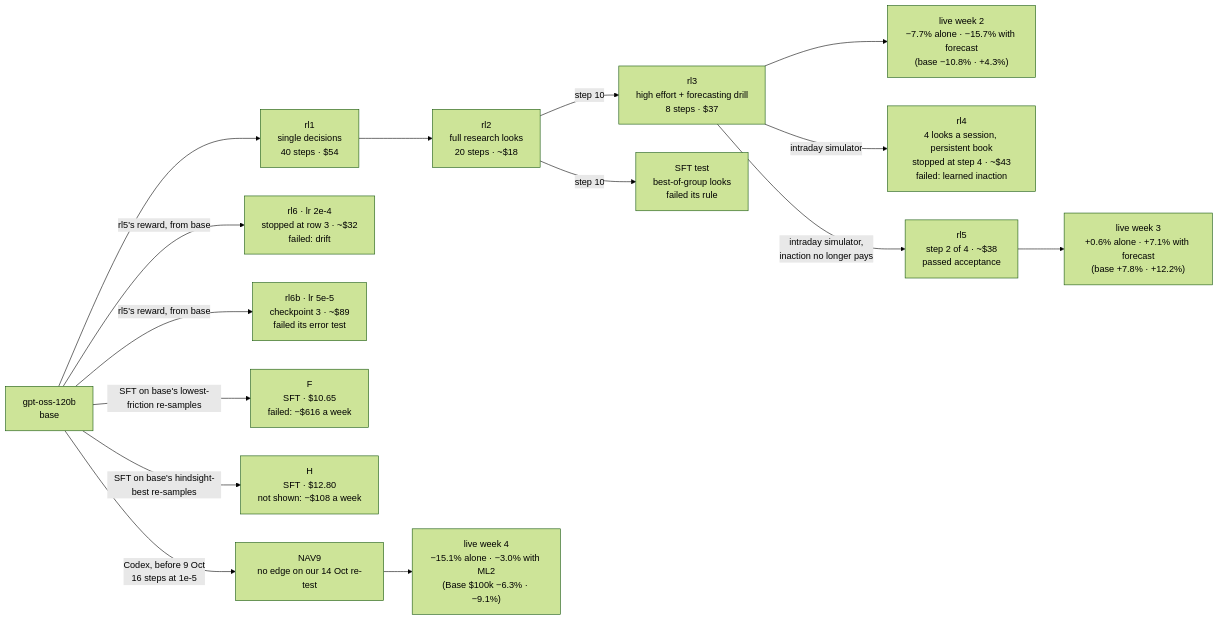
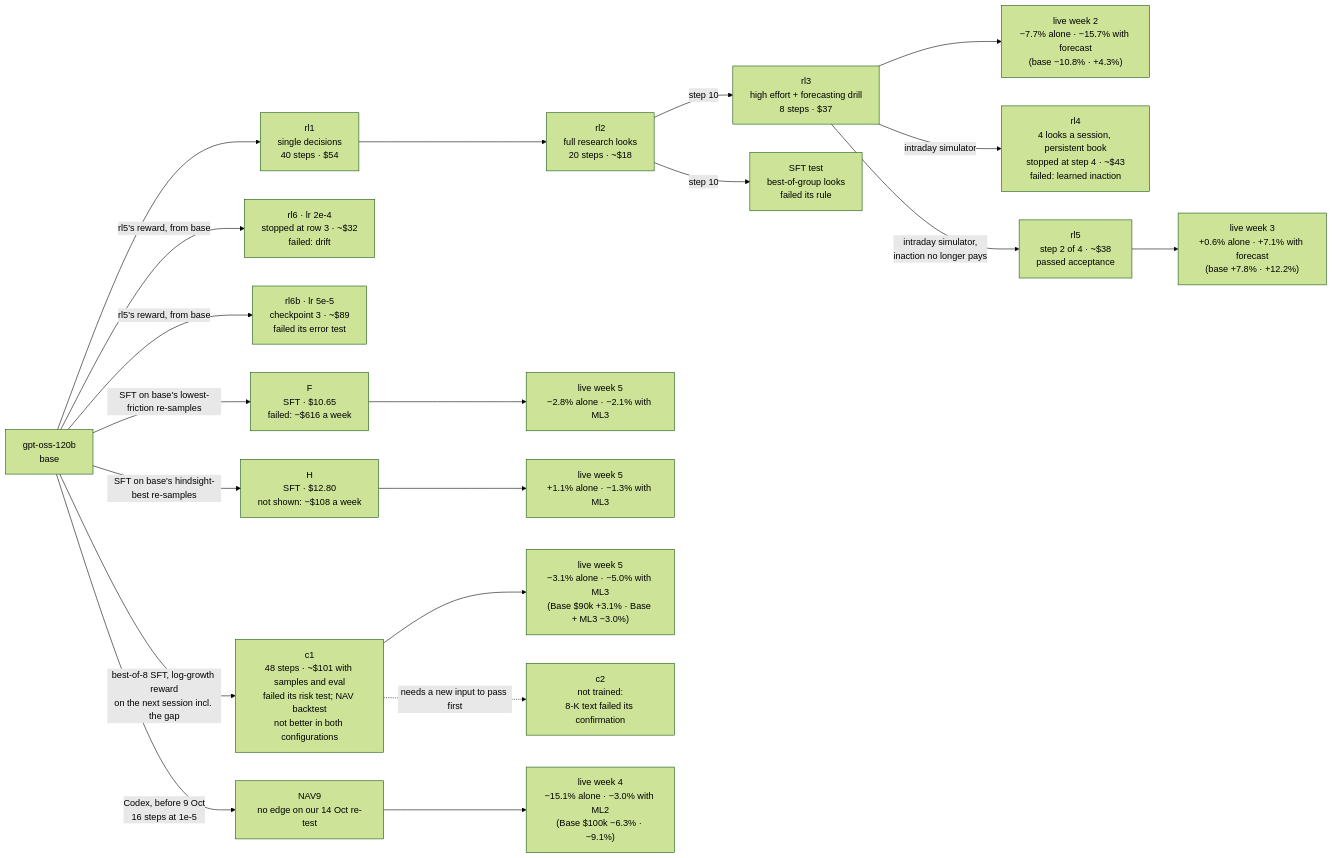
Before and after one commit to quiezent/gpt-oss-120b-native-trading-research: the diagram in README.md, drawn with Mermaid (forest theme). The commit also changed other lines of this file and 25 other files, not shown here.

````diff
--- a/README.md
+++ b/README.md
@@ -34,17 +38,22 @@
 ```mermaid
 flowchart LR
     B["gpt-oss-120b<br/>base"] --> R1["rl1<br/>single decisions<br/>40 steps · $54"]
     R1 --> R2["rl2<br/>full research looks<br/>20 steps · ~$18"]
     R2 -->|step 10| R3["rl3<br/>high effort + forecasting drill<br/>8 steps · $37"]
     R2 -->|step 10| S["SFT test<br/>best-of-group looks<br/>failed its rule"]
     R3 --> L["live week 2<br/>−7.7% alone · −15.7% with forecast<br/>(base −10.8% · +4.3%)"]
     R3 -->|intraday simulator| R4["rl4<br/>4 looks a session, persistent book<br/>stopped at step 4 · ~$43<br/>failed: learned inaction"]
     R3 -->|intraday simulator,<br/>inaction no longer pays| R5["rl5<br/>step 2 of 4 · ~$38<br/>passed acceptance"]
     R5 --> L5["live week 3<br/>+0.6% alone · +7.1% with forecast<br/>(base +7.8% · +12.2%)"]
     B -->|rl5's reward, from base| R6["rl6 · lr 2e-4<br/>stopped at row 3 · ~$32<br/>failed: drift"]
     B -->|rl5's reward, from base| R6B["rl6b · lr 5e-5<br/>checkpoint 3 · ~$89<br/>failed its error test"]
     B -->|SFT on base's lowest-friction re-samples| F["F<br/>SFT · $10.65<br/>failed: −$616 a week"]
     B -->|SFT on base's hindsight-best re-samples| H["H<br/>SFT · $12.80<br/>not shown: −$108 a week"]
+    F --> LF["live week 5<br/>−2.8% alone · −2.1% with ML3"]
+    H --> LH["live week 5<br/>+1.1% alone · −1.3% with ML3"]
+    B -->|best-of-8 SFT, log-growth reward<br/>on the next session incl. the gap| C1["c1<br/>48 steps · ~$101 with samples and eval<br/>failed its risk test; NAV backtest<br/>not better in both configurations"]
+    C1 --> LC1["live week 5<br/>−3.1% alone · −5.0% with ML3<br/>(Base $90k +3.1% · Base + ML3 −3.0%)"]
+    C1 -.->|needs a new input to pass first| C2["c2<br/>not trained:<br/>8-K text failed its confirmation"]
     B -->|Codex, before 9 Oct<br/>16 steps at 1e-5| N9["NAV9<br/>no edge on our 14 Oct re-test"]
     N9 --> LN9["live week 4<br/>−15.1% alone · −3.0% with ML2<br/>(Base $100k −6.3% · −9.1%)"]
 ```
````
